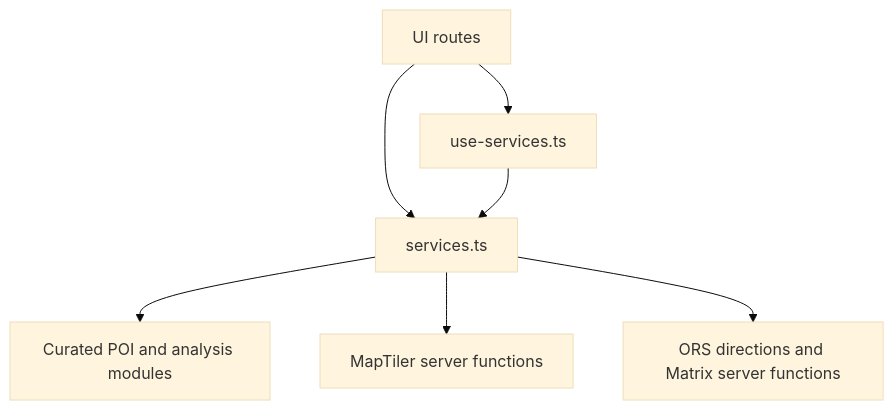
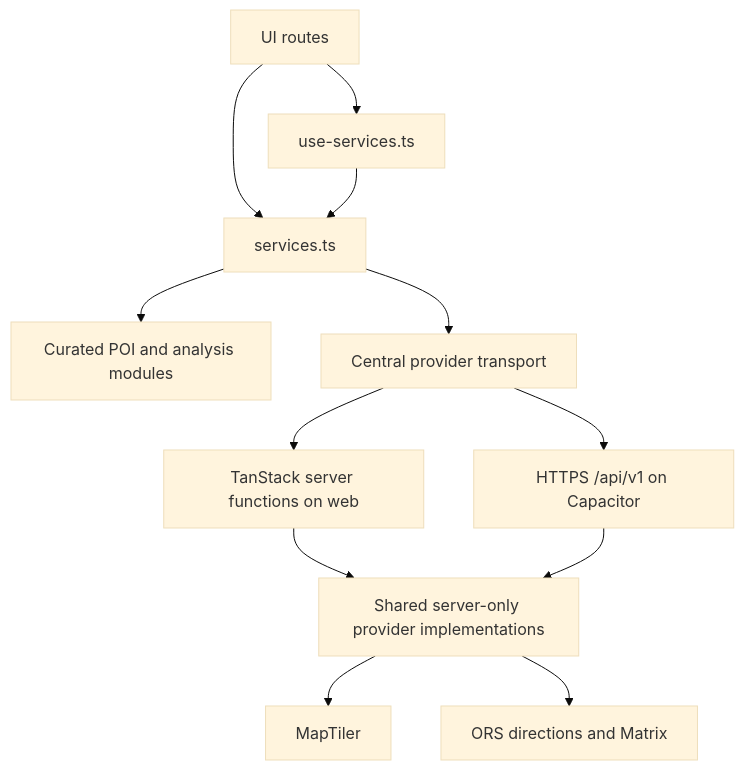
Before and after one commit to Raekwaanza/wander-paris-ways: the first of 3 diagrams in docs/architecture.md, drawn with Mermaid (base theme). The commit also changed other lines of this file and 26 other files, not shown here.

Commit message:
Add secure native API transport

````diff
--- a/docs/architecture.md
+++ b/docs/architecture.md
@@ -9,9 +9,14 @@
 ```mermaid
 flowchart TD
   Pages[UI routes] --> Hooks[use-services.ts]
   Pages --> Services[services.ts]
   Hooks --> Services
   Services --> Curated[Curated POI and analysis modules]
-  Services --> MapTiler[MapTiler server functions]
-  Services --> ORS[ORS directions and Matrix server functions]
+  Services --> Transport[Central provider transport]
+  Transport --> Web[TanStack server functions on web]
+  Transport --> Native[HTTPS /api/v1 on Capacitor]
+  Web --> Providers[Shared server-only provider implementations]
+  Native --> Providers
+  Providers --> MapTiler[MapTiler]
+  Providers --> ORS[ORS directions and Matrix]
 ```
````
